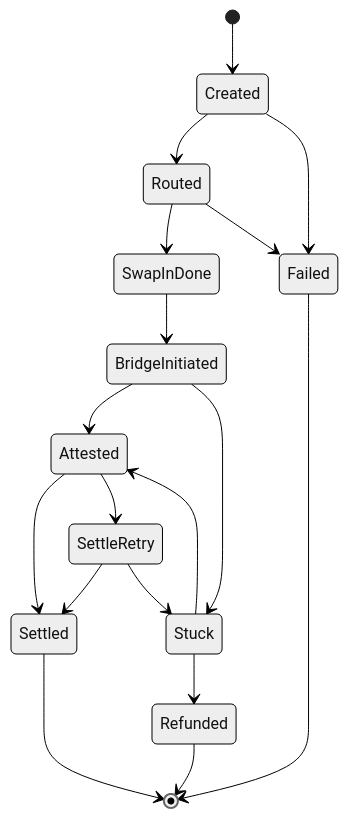
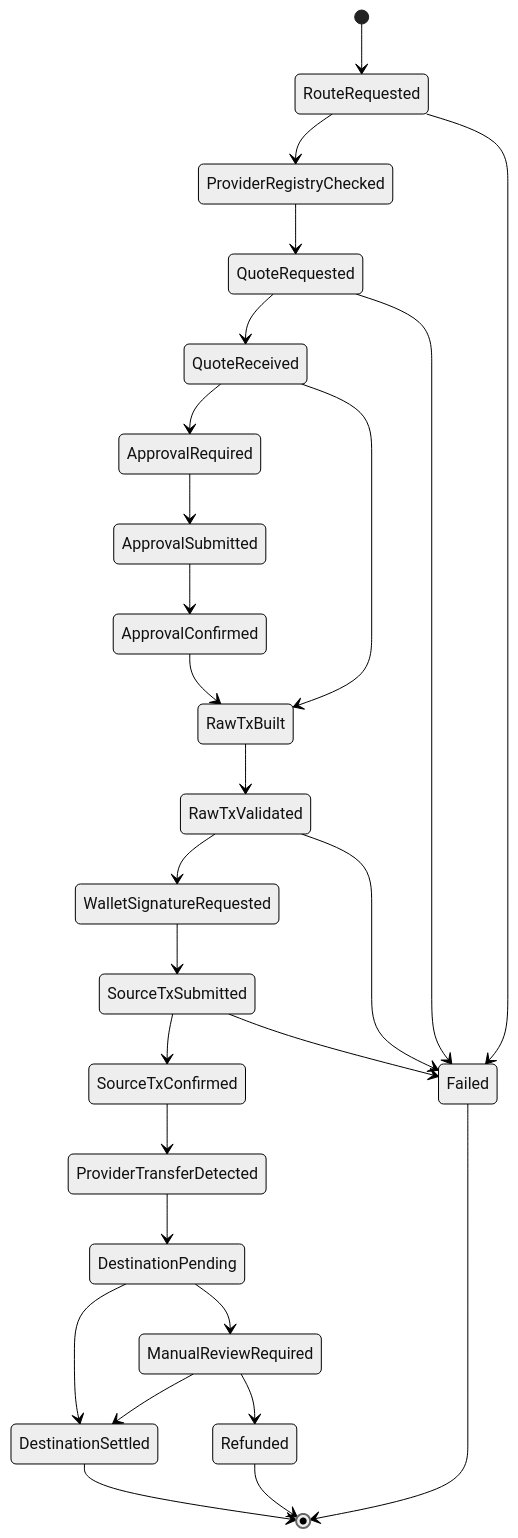
Before and after one commit to Render-Network-OS/docs: the second of 2 diagrams in docs/superpowers/specs/2026-05-18-sw4p-usdt-tron-parity-crd.md, drawn with Mermaid (neutral theme). The commit also changed other lines of this file and 4 other files, not shown here.

````diff
--- a/docs/superpowers/specs/2026-05-18-sw4p-usdt-tron-parity-crd.md
+++ b/docs/superpowers/specs/2026-05-18-sw4p-usdt-tron-parity-crd.md
@@ -155,20 +249,29 @@
 ```mermaid
 stateDiagram-v2
-    [*] --> Created
-    Created --> Routed
-    Routed --> SwapInDone
-    SwapInDone --> BridgeInitiated
-    BridgeInitiated --> Attested
-    BridgeInitiated --> Stuck
-    Attested --> Settled
-    Attested --> SettleRetry
-    SettleRetry --> Settled
-    SettleRetry --> Stuck
-    Stuck --> Attested
-    Stuck --> Refunded
-    Created --> Failed
-    Routed --> Failed
-    Settled --> [*]
+    [*] --> RouteRequested
+    RouteRequested --> ProviderRegistryChecked
+    ProviderRegistryChecked --> QuoteRequested
+    QuoteRequested --> QuoteReceived
+    QuoteReceived --> ApprovalRequired
+    QuoteReceived --> RawTxBuilt
+    ApprovalRequired --> ApprovalSubmitted
+    ApprovalSubmitted --> ApprovalConfirmed
+    ApprovalConfirmed --> RawTxBuilt
+    RawTxBuilt --> RawTxValidated
+    RawTxValidated --> WalletSignatureRequested
+    WalletSignatureRequested --> SourceTxSubmitted
+    SourceTxSubmitted --> SourceTxConfirmed
+    SourceTxConfirmed --> ProviderTransferDetected
+    ProviderTransferDetected --> DestinationPending
+    DestinationPending --> DestinationSettled
+    DestinationPending --> ManualReviewRequired
+    ManualReviewRequired --> DestinationSettled
+    ManualReviewRequired --> Refunded
+    RouteRequested --> Failed
+    QuoteRequested --> Failed
+    RawTxValidated --> Failed
+    SourceTxSubmitted --> Failed
+    DestinationSettled --> [*]
+    Refunded --> [*]
     Failed --> [*]
-    Refunded --> [*]
 ```
````
